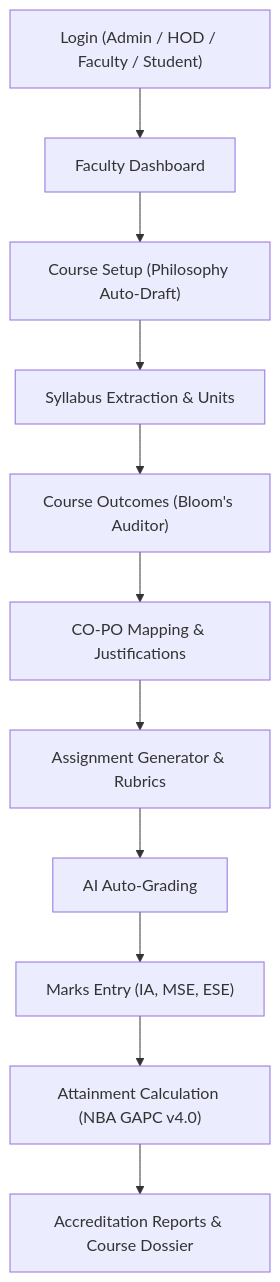
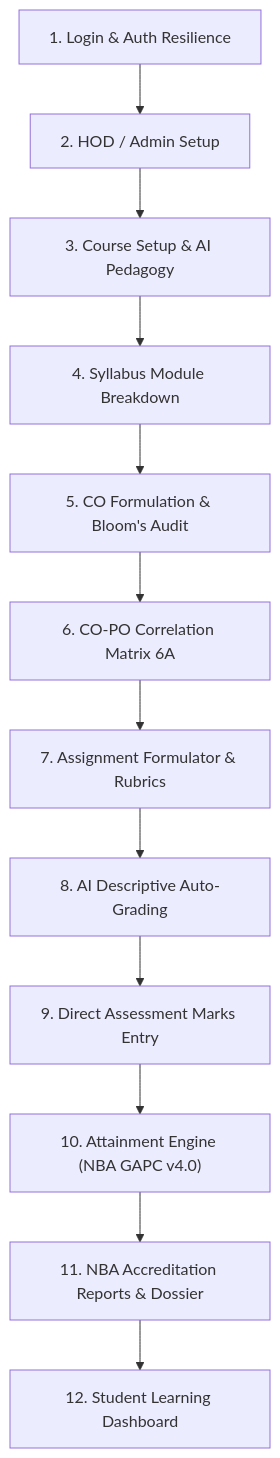
Before and after one commit to punitmanojbhatarkar/OBE-System-: the diagram in QA_AUDIT_REPORT.md, drawn with Mermaid. The commit also changed other lines of this file, not shown here.

Commit message:
docs: update QA_AUDIT_REPORT with 16/16 deep testing verification and root cause fixes

````diff
--- a/QA_AUDIT_REPORT.md
+++ b/QA_AUDIT_REPORT.md
@@ -57,13 +14,14 @@
 ```mermaid
-flowchart TD
-    A["Login (Admin / HOD / Faculty / Student)"] --> B["Faculty Dashboard"]
-    B --> C["Course Setup (Philosophy Auto-Draft)"]
-    C --> D["Syllabus Extraction & Units"]
-    D --> E["Course Outcomes (Bloom's Auditor)"]
-    E --> F["CO-PO Mapping & Justifications"]
-    F --> G["Assignment Generator & Rubrics"]
-    G --> H["AI Auto-Grading"]
-    H --> I["Marks Entry (IA, MSE, ESE)"]
-    I --> J["Attainment Calculation (NBA GAPC v4.0)"]
-    J --> K["Accreditation Reports & Course Dossier"]
+graph TD
+    A["1. Login & Auth Resilience"] --> B["2. HOD / Admin Setup"]
+    B --> C["3. Course Setup & AI Pedagogy"]
+    C --> D["4. Syllabus Module Breakdown"]
+    D --> E["5. CO Formulation & Bloom's Audit"]
+    E --> F["6. CO-PO Correlation Matrix 6A"]
+    F --> G["7. Assignment Formulator & Rubrics"]
+    G --> H["8. AI Descriptive Auto-Grading"]
+    H --> I["9. Direct Assessment Marks Entry"]
+    I --> J["10. Attainment Engine (NBA GAPC v4.0)"]
+    J --> K["11. NBA Accreditation Reports & Dossier"]
+    K --> L["12. Student Learning Dashboard"]
 ```
````
